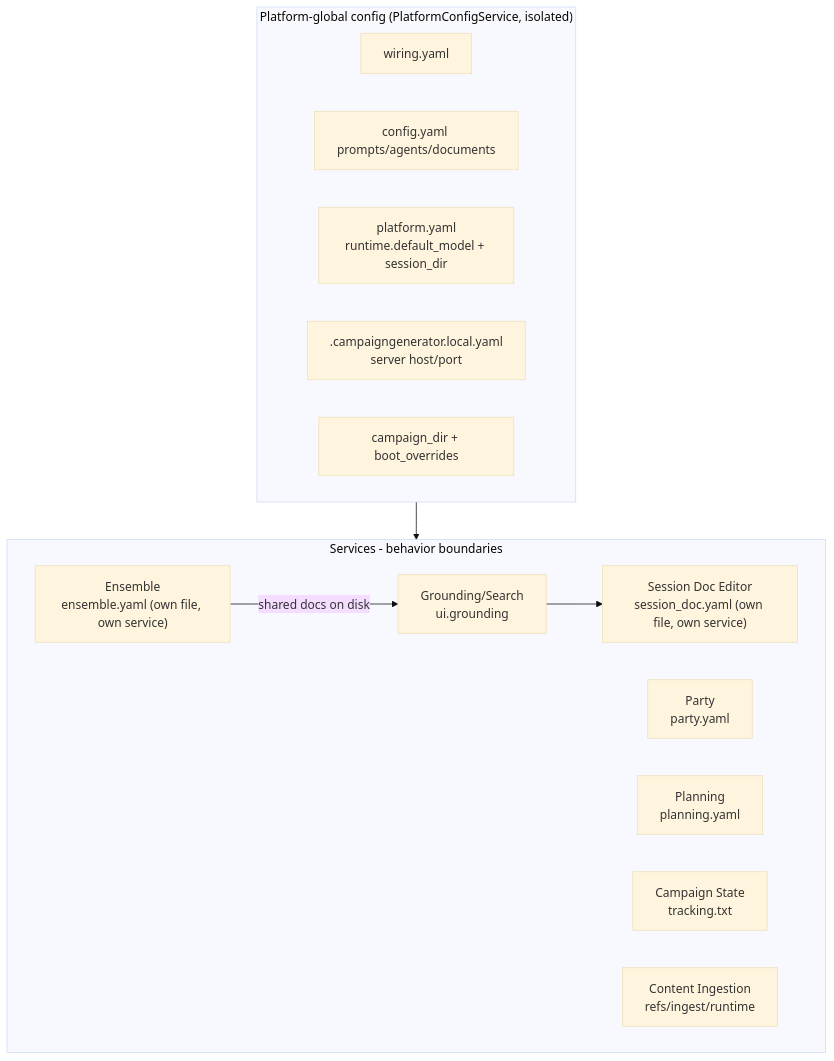
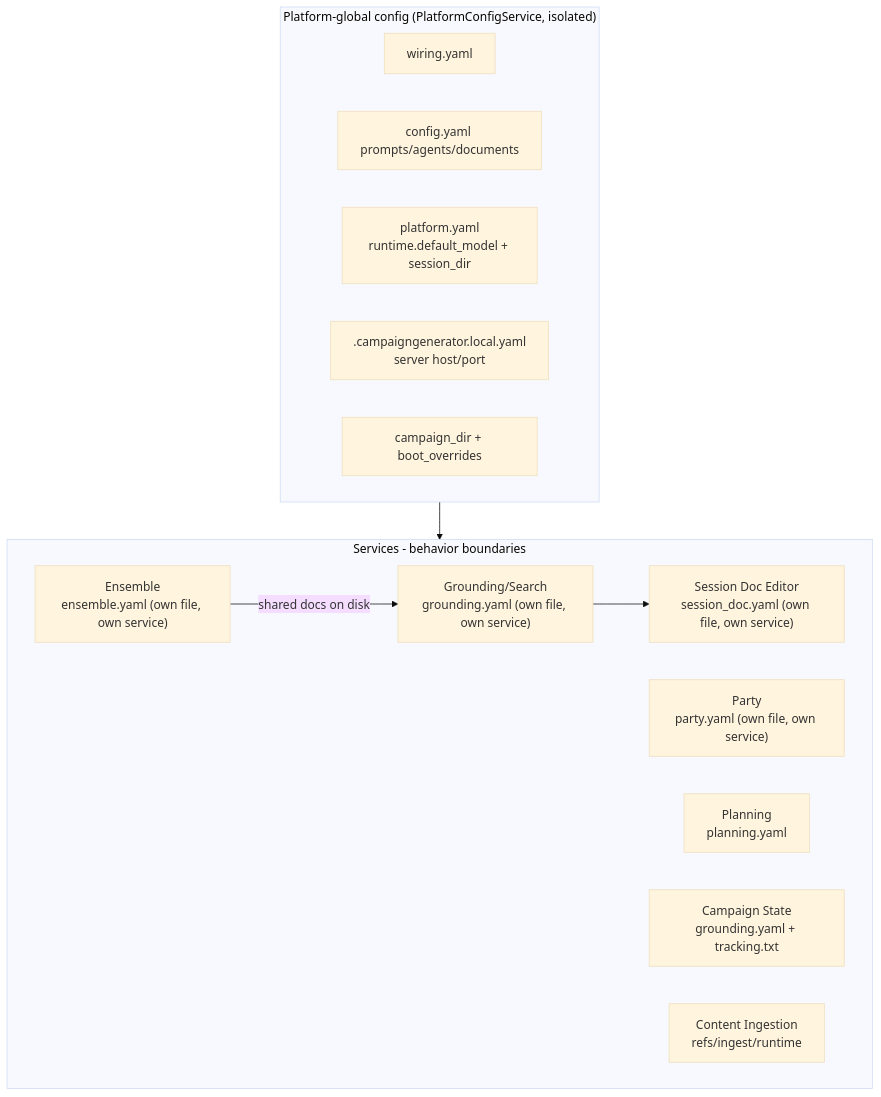
The diagram in docs/config/service-cut.md (kostadis/CampaignGenerator), drawn with Mermaid (base theme) before and after one commit. The commit also changed other lines of this file and 16 other files, not shown here.

````diff
--- a/docs/config/service-cut.md
+++ b/docs/config/service-cut.md
@@ -13,22 +13,22 @@
 ```mermaid
 flowchart TB
   subgraph Platform["Platform-global config (PlatformConfigService, isolated)"]
     WI[wiring.yaml]
     CY[config.yaml prompts/agents/documents]
     RT["platform.yaml<br/>runtime.default_model + session_dir"]
     SRV[".campaigngenerator.local.yaml<br/>server host/port"]
     ROOT[campaign_dir + boot_overrides]
   end
   subgraph Services[Services - behavior boundaries]
     SD["Session Doc Editor<br/>session_doc.yaml (own file, own service)"]
     EN["Ensemble<br/>ensemble.yaml (own file, own service)"]
-    GR["Grounding/Search<br/>ui.grounding"]
-    PA["Party<br/>party.yaml"]
+    GR["Grounding/Search<br/>grounding.yaml (own file, own service)"]
+    PA["Party<br/>party.yaml (own file, own service)"]
     PL["Planning<br/>planning.yaml"]
-    CST["Campaign State<br/>tracking.txt"]
+    CST["Campaign State<br/>grounding.yaml + tracking.txt"]
     CI["Content Ingestion<br/>refs/ingest/runtime"]
   end
   Platform --> Services
   EN -->|shared docs on disk| GR
   GR --> SD
 ```
````
